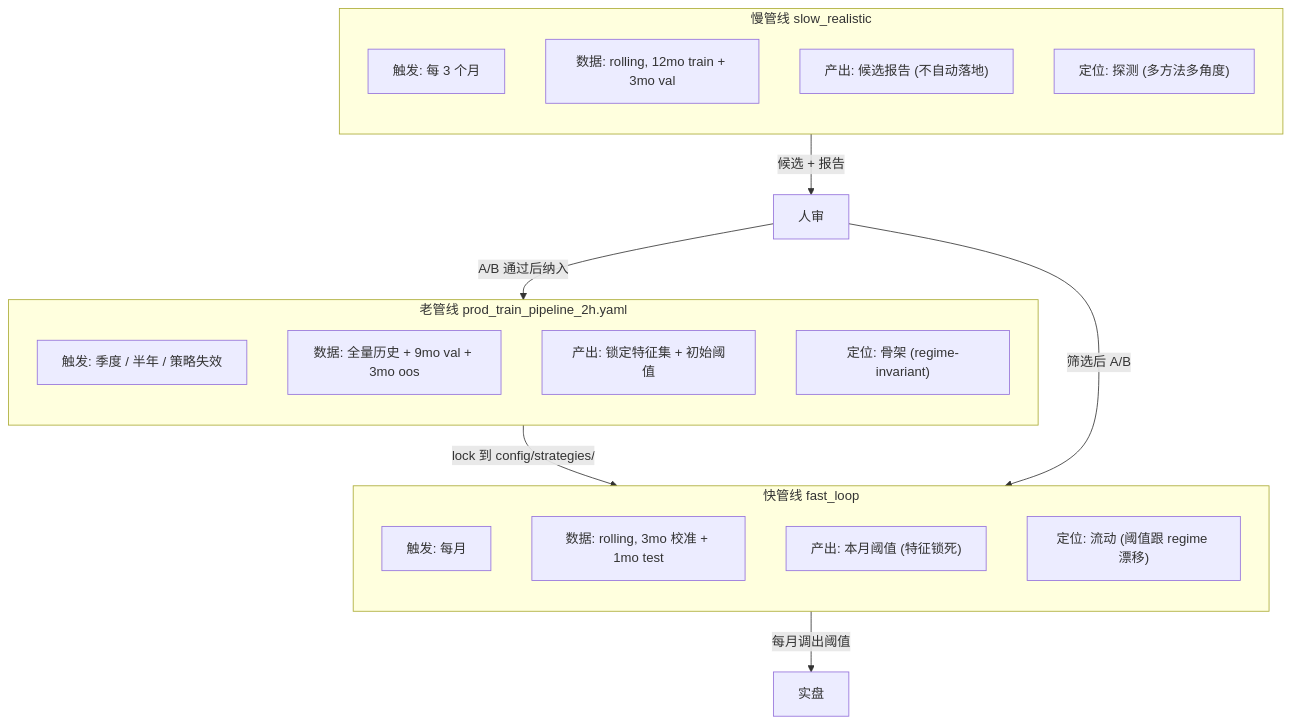
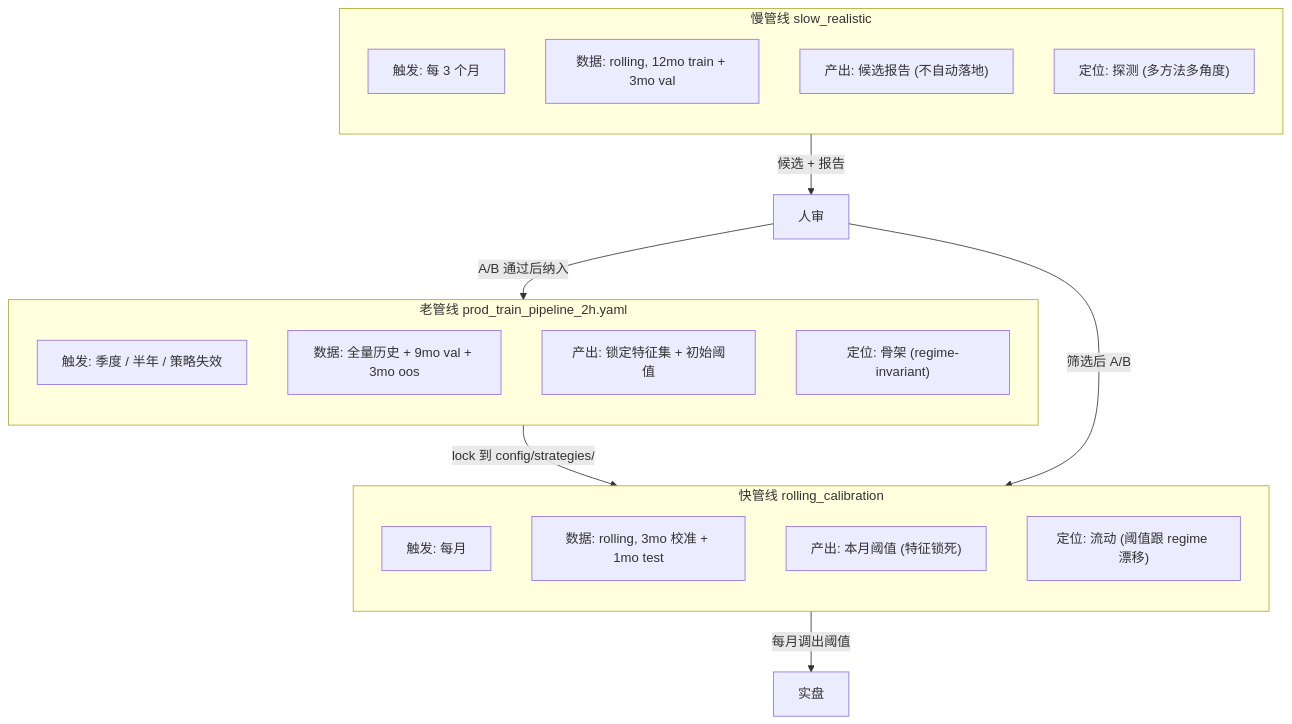
One commit to SnYang096/ml-trading-bot changed the first of 2 diagrams in docs/z实验_001_bpc/wave3/03_three_pipeline_role_division.md. Above: the diagram before and after it, drawn with Mermaid. The commit also changed other lines of this file and 53 other files, not shown here.

First line of the commit message:
refactor(config): rolling_calibration replaces fast_loop; unify model training flags

````diff
--- a/docs/z实验_001_bpc/wave3/03_three_pipeline_role_division.md
+++ b/docs/z实验_001_bpc/wave3/03_three_pipeline_role_division.md
@@ -5,32 +5,32 @@
 ```mermaid
 flowchart TB
     subgraph OldPipe [老管线 prod_train_pipeline_2h.yaml]
         direction TB
         oldFreq["触发: 季度 / 半年 / 策略失效"]
         oldWin["数据: 全量历史 + 9mo val + 3mo oos"]
         oldOut["产出: 锁定特征集 + 初始阈值"]
         oldRole["定位: 骨架 (regime-invariant)"]
     end
 
-    subgraph FastPipe [快管线 fast_loop]
+    subgraph FastPipe [快管线 rolling_calibration]
         direction TB
         fastFreq["触发: 每月"]
         fastWin["数据: rolling, 3mo 校准 + 1mo test"]
         fastOut["产出: 本月阈值 (特征锁死)"]
         fastRole["定位: 流动 (阈值跟 regime 漂移)"]
     end
 
     subgraph SlowPipe [慢管线 slow_realistic]
         direction TB
         slowFreq["触发: 每 3 个月"]
         slowWin["数据: rolling, 12mo train + 3mo val"]
         slowOut["产出: 候选报告 (不自动落地)"]
         slowRole["定位: 探测 (多方法多角度)"]
     end
 
     OldPipe -->|"lock 到 config/strategies/"| FastPipe
     FastPipe -->|"每月调出阈值"| Prod[实盘]
     SlowPipe -->|"候选 + 报告"| Human[人审]
     Human -->|"筛选后 A/B"| FastPipe
     Human -->|"A/B 通过后纳入"| OldPipe
 ```
````
